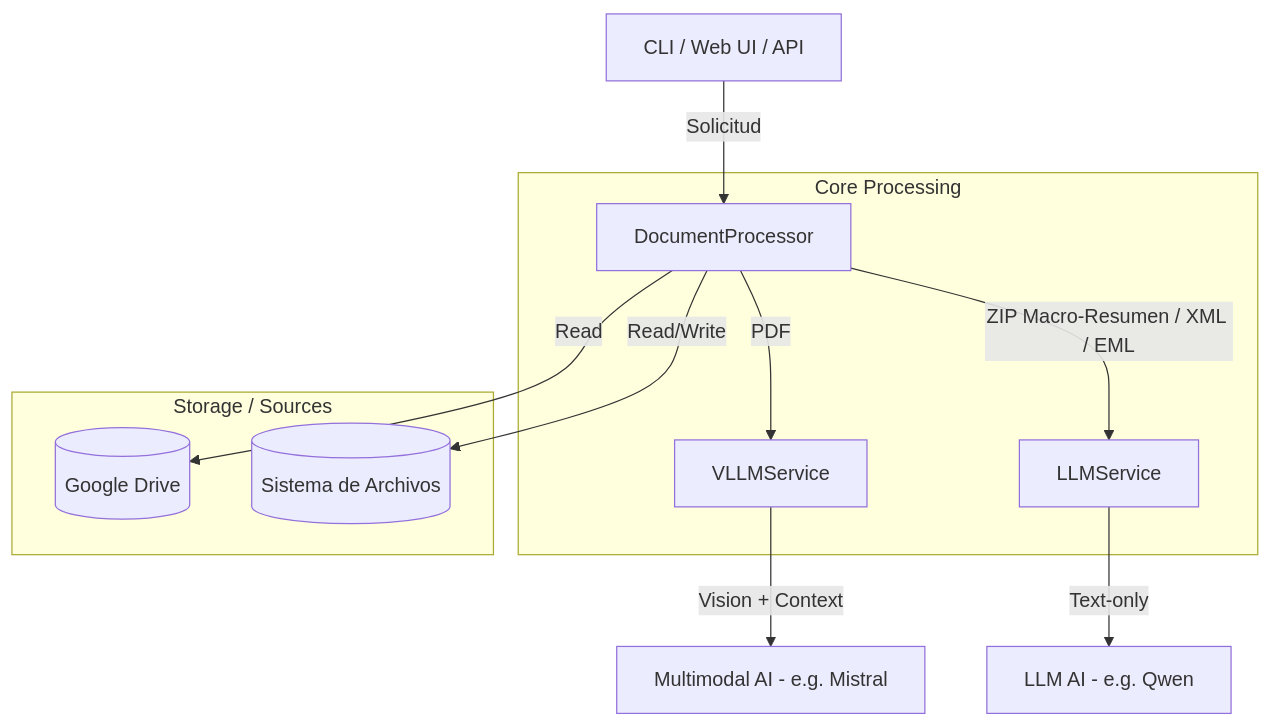
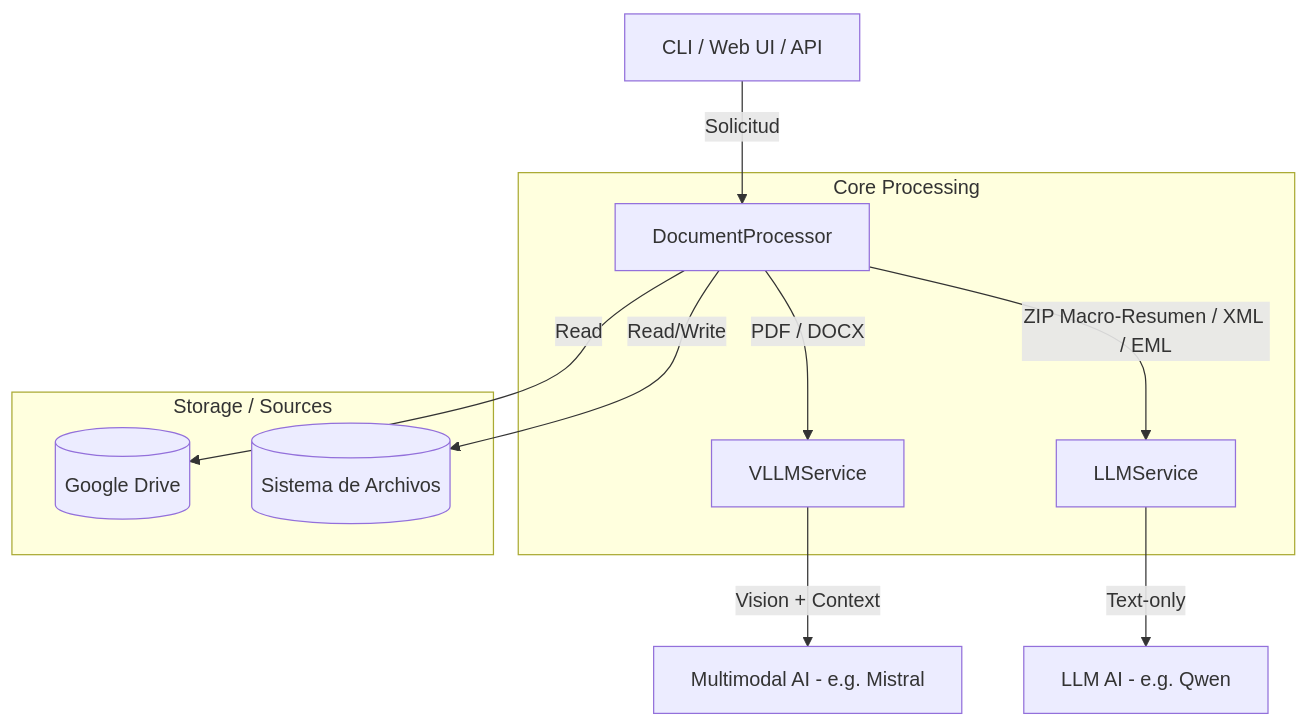
The diagram in README.md (alejandro-garnung-ctic/summarizer), drawn with Mermaid before and after one commit. The commit also changed other lines of this file and 6 other files, not shown here.

````diff
--- a/README.md
+++ b/README.md
@@ -20,17 +21,17 @@
 ```mermaid
 graph TD
     Client[CLI / Web UI / API] -->|Solicitud| Processor[DocumentProcessor]
     
     subgraph "Core Processing"
-    Processor -->|PDF| VLLM[VLLMService]
+    Processor -->|PDF / DOCX| VLLM[VLLMService]
     Processor -->|ZIP Macro-Resumen / XML / EML| LLM[LLMService]
     end
     
     VLLM -->|Vision + Context| AI[Multimodal AI - e.g. Mistral]
     LLM -->|Text-only| AI_Text[LLM AI - e.g. Qwen]
     
     subgraph "Storage / Sources"
     Processor -->|Read| GDrive[(Google Drive)]
     Processor -->|Read/Write| Local[(Sistema de Archivos)]
     end
 ```
````
